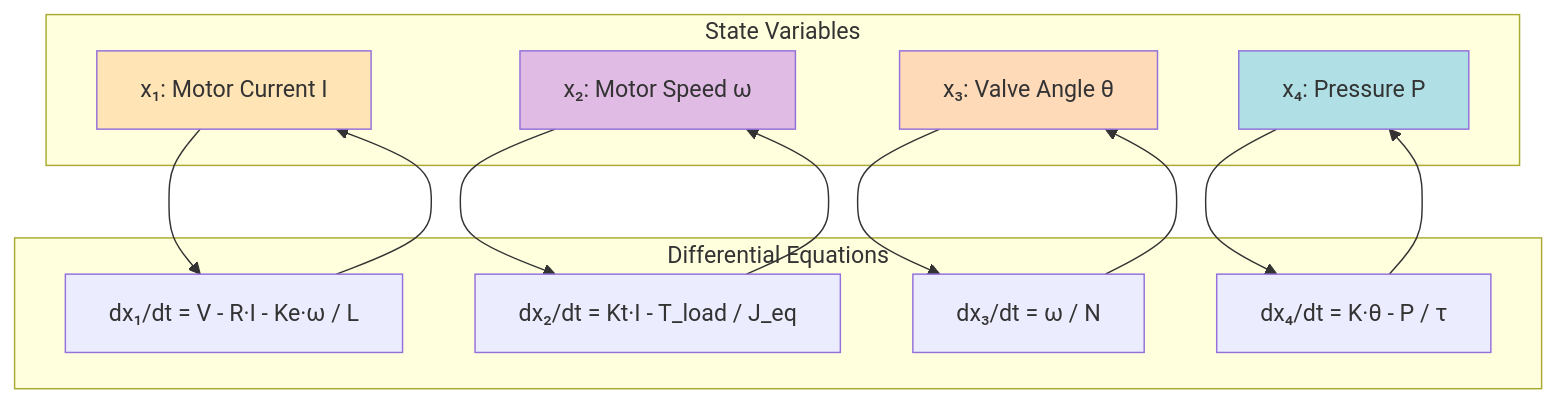
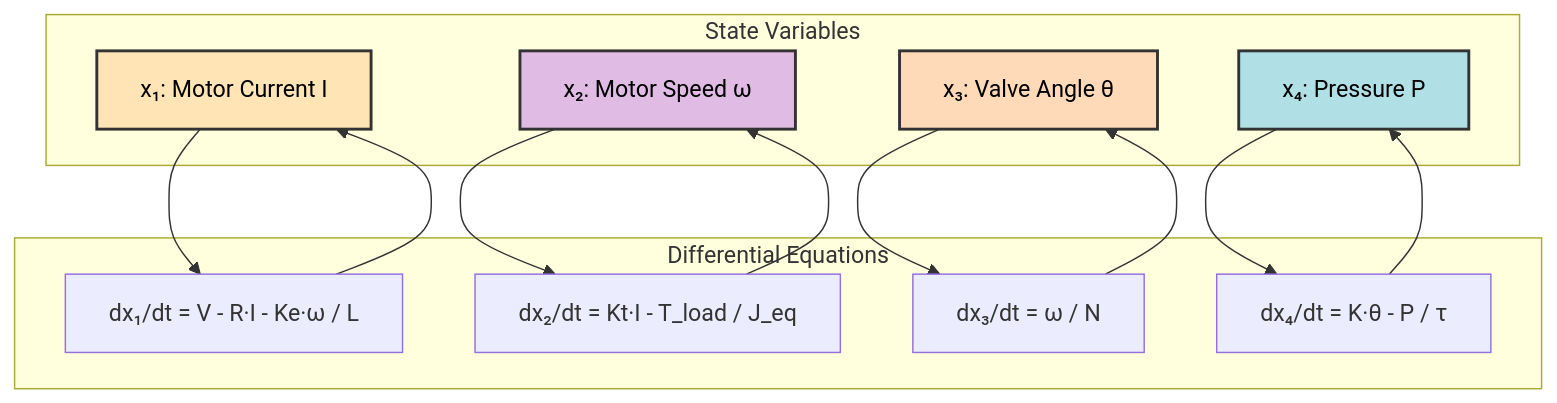
One commit to chetan0021/pressure_regulation changed the third of 5 diagrams in README.md. Above: the diagram before and after it, drawn with Mermaid. The commit also changed other lines of this file, not shown here.

Commit message:
Fix Mermaid diagram text visibility with better contrast

````diff
--- a/README.md
+++ b/README.md
@@ -63,31 +63,31 @@
 ```mermaid
 graph TD
     subgraph "State Variables"
         X1[x₁: Motor Current I]
         X2[x₂: Motor Speed ω]
         X3[x₃: Valve Angle θ]
         X4[x₄: Pressure P]
     end
     
     subgraph "Differential Equations"
         EQ1[dx₁/dt = V - R·I - Ke·ω / L]
         EQ2[dx₂/dt = Kt·I - T_load / J_eq]
         EQ3[dx₃/dt = ω / N]
         EQ4[dx₄/dt = K·θ - P / τ]
     end
     
     X1 --> EQ1
     X2 --> EQ2
     X3 --> EQ3
     X4 --> EQ4
     
     EQ1 --> X1
     EQ2 --> X2
     EQ3 --> X3
     EQ4 --> X4
     
-    style X1 fill:#FFE4B5
-    style X2 fill:#E0BBE4
-    style X3 fill:#FFDAB9
-    style X4 fill:#B0E0E6
+    style X1 fill:#FFE4B5,stroke:#333,stroke-width:2px,color:#000
+    style X2 fill:#E0BBE4,stroke:#333,stroke-width:2px,color:#000
+    style X3 fill:#FFDAB9,stroke:#333,stroke-width:2px,color:#000
+    style X4 fill:#B0E0E6,stroke:#333,stroke-width:2px,color:#000
 ```
````
